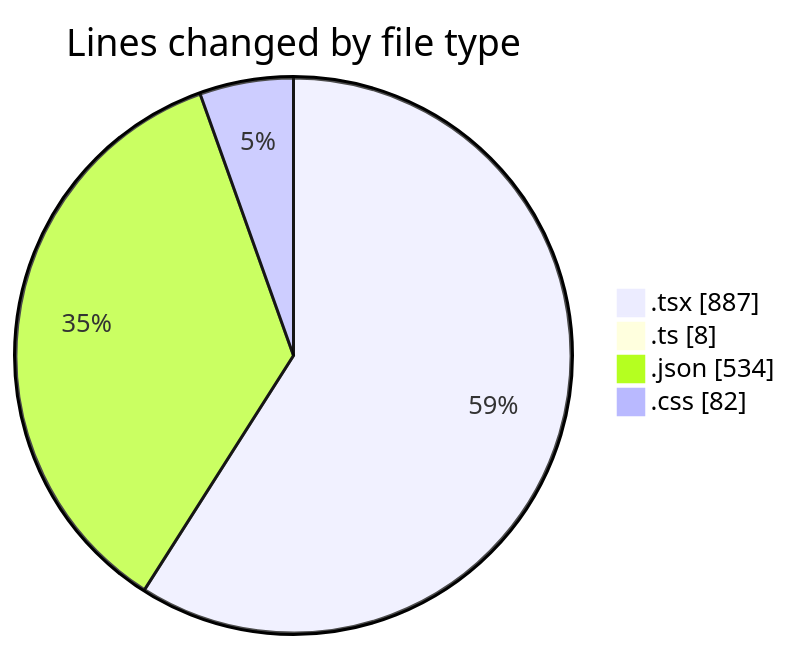
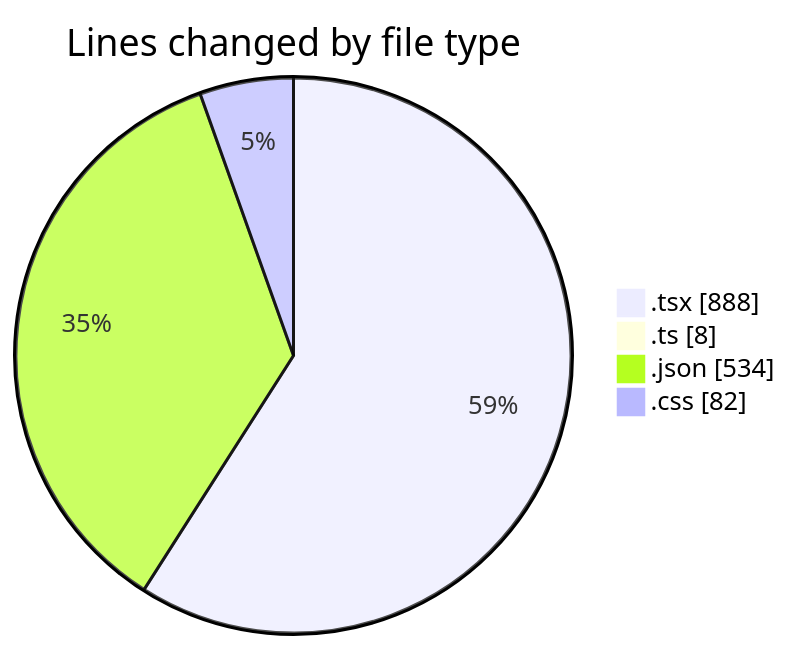
One commit to EIIisD/code-tracking changed the first of 2 diagrams in 2025-08-02/tw-server/README.md. Above: the diagram before and after it, drawn with Mermaid. The commit also changed other lines of this file and 1 other file, not shown here.

````diff
--- a/2025-08-02/tw-server/README.md
+++ b/2025-08-02/tw-server/README.md
@@ -25,8 +25,8 @@
 ```mermaid
 pie showData
 title Lines changed by file type
-".tsx" : 887
+".tsx" : 888
 ".ts" : 8
 ".json" : 534
 ".css" : 82
 ```
````
